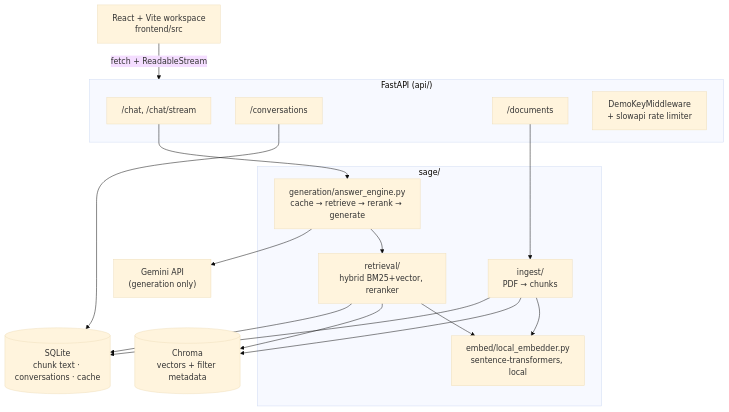
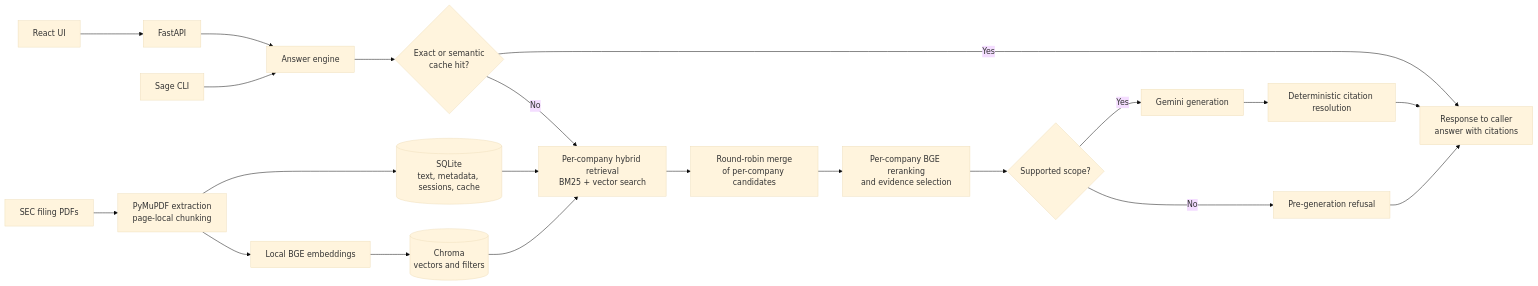
Before and after one commit to lakshayxi/sage: the diagram in README.md, drawn with Mermaid (base theme). The commit also changed other lines of this file and 9 other files, not shown here.

````diff
--- a/README.md
+++ b/README.md
@@ -32,31 +39,24 @@
 ```mermaid
-graph TD
-    UI["React + Vite workspace<br/>frontend/src"] -->|fetch + ReadableStream| API
+flowchart LR
+    PDFs[SEC filing PDFs] --> Parse[PyMuPDF extraction<br/>page-local chunking]
+    Parse --> Embed[Local BGE embeddings]
+    Parse --> SQLite[(SQLite<br/>text, metadata, sessions, cache)]
+    Embed --> Chroma[(Chroma<br/>vectors and filters)]
 
-    subgraph API["FastAPI (api/)"]
-        Chat["/chat, /chat/stream"]
-        Conv["/conversations"]
-        Docs["/documents"]
-        MW["DemoKeyMiddleware<br/>+ slowapi rate limiter"]
-    end
-
-    Chat --> Engine
-    Conv --> DB
-    Docs --> Ingest
-
-    subgraph Core["sage/"]
-        Engine["generation/answer_engine.py<br/>cache → retrieve → rerank → generate"]
-        Retrieval["retrieval/<br/>hybrid BM25+vector, reranker"]
-        Ingest["ingest/<br/>PDF → chunks"]
-        Embed["embed/local_embedder.py<br/>sentence-transformers, local"]
-    end
-
-    Engine --> Retrieval
-    Engine --> Gemini["Gemini API<br/>(generation only)"]
-    Retrieval --> Embed
-    Retrieval --> Chroma[("Chroma<br/>vectors + filter metadata")]
-    Retrieval --> DB[("SQLite<br/>chunk text · conversations · cache")]
-    Ingest --> Embed
-    Ingest --> Chroma
-    Ingest --> DB
+    UI[React UI] --> API[FastAPI]
+    API --> Engine[Answer engine]
+    CLI[Sage CLI] --> Engine
+    Engine --> Cache{Exact or semantic<br/>cache hit?}
+    Cache -->|Yes| Answer[Response to caller<br/>answer with citations]
+    Cache -->|No| Retrieve[Per-company hybrid retrieval<br/>BM25 + vector search]
+    SQLite --> Retrieve
+    Chroma --> Retrieve
+    Retrieve --> Balance[Round-robin merge<br/>of per-company candidates]
+    Balance --> Rerank[Per-company BGE reranking<br/>and evidence selection]
+    Rerank --> Scope{Supported scope?}
+    Scope -->|No| Refusal[Pre-generation refusal]
+    Scope -->|Yes| Gemini[Gemini generation]
+    Gemini --> Resolve[Deterministic citation resolution]
+    Resolve --> Answer
+    Refusal --> Answer
 ```
````
